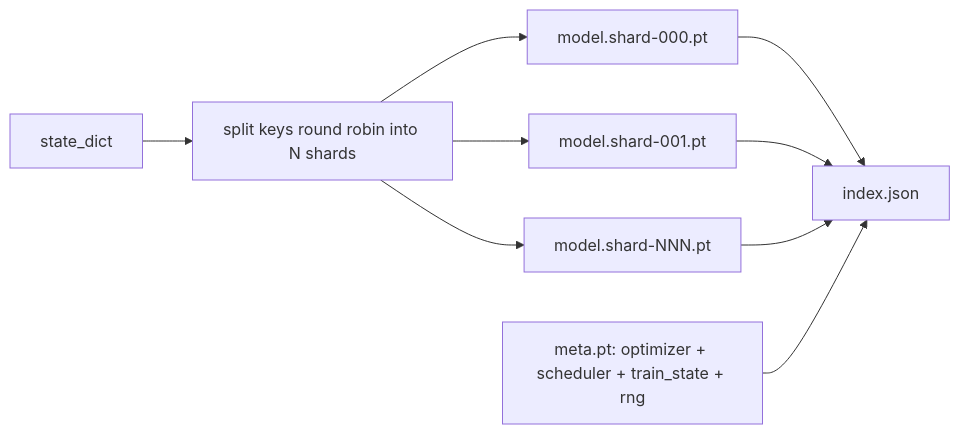
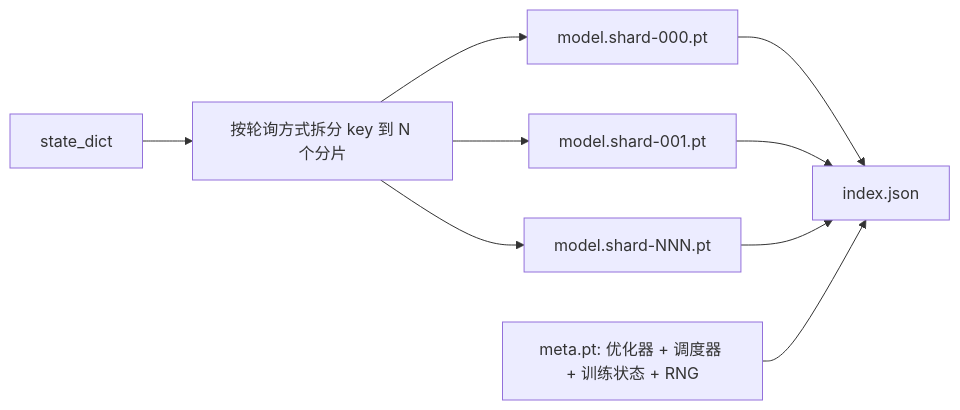
The third of 3 diagrams in phases/19-capstone-projects/47-checkpoint-save-resume/docs/zh.md (alessandrodinisio-ai/ai-engineering-learning-framework), drawn with Mermaid before and after one commit. The commit also changed other lines of this file and 120 other files, not shown here.

First line of the commit message:
i18n(mermaid): 337 个 mermaid 图表标签中文化

````diff
--- a/phases/19-capstone-projects/47-checkpoint-save-resume/docs/zh.md
+++ b/phases/19-capstone-projects/47-checkpoint-save-resume/docs/zh.md
@@ -65,11 +65,11 @@
 ```mermaid
 flowchart LR
-  state[state_dict] --> split[split keys round robin into N shards]
+  state[state_dict] --> split[按轮询方式拆分 key 到 N 个分片]
   split --> s0[model.shard-000.pt]
   split --> s1[model.shard-001.pt]
   split --> sN[model.shard-NNN.pt]
   s0 --> idx[index.json]
   s1 --> idx
   sN --> idx
-  meta[meta.pt: optimizer + scheduler + train_state + rng] --> idx
+  meta[meta.pt: 优化器 + 调度器 + 训练状态 + RNG] --> idx
 ```
````
